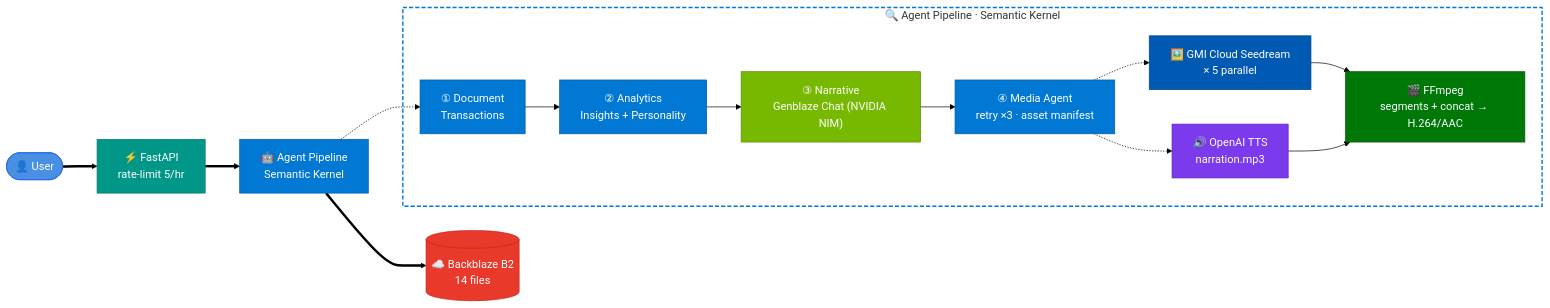
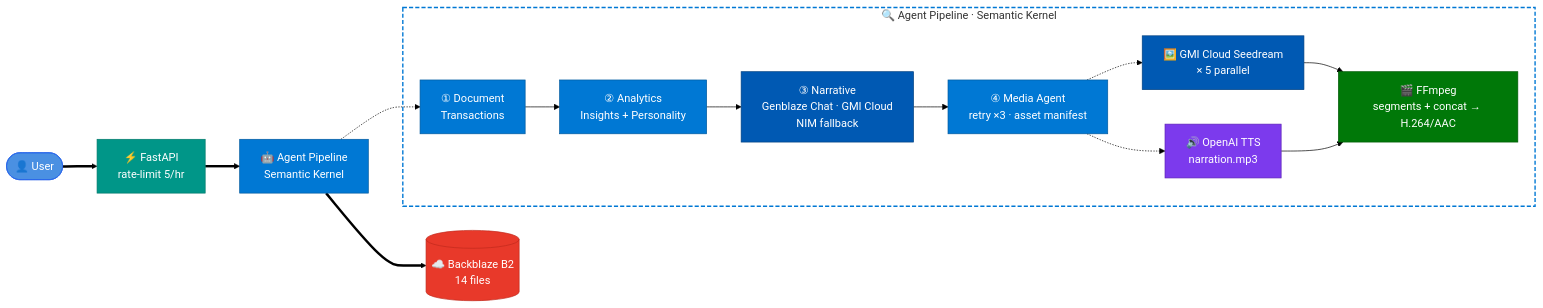
One commit to iarjunganesh/bankers-wrapped changed the diagram in README.md. Above: the diagram before and after it, drawn with Mermaid (forest theme). The commit also changed other lines of this file and 13 other files, not shown here.

First line of the commit message:
fix: real NVIDIA NIM routing + fallback; valid GMI chat model (openai/gpt-5.4-mini)

````diff
--- a/README.md
+++ b/README.md
@@ -93,37 +93,37 @@
 ```mermaid
 graph LR
     classDef user fill:#4A90E2,stroke:#2563EB,color:#fff
     classDef api  fill:#009688,stroke:#00796B,color:#fff
     classDef sk   fill:#0078D4,stroke:#005A9E,color:#fff
     classDef nim  fill:#76B900,stroke:#5A8A00,color:#fff
     classDef gmi  fill:#0059B3,stroke:#004080,color:#fff
     classDef ff   fill:#007808,stroke:#005A06,color:#fff
     classDef b2   fill:#E8392A,stroke:#C02A1D,color:#fff
     classDef tts  fill:#7C3AED,stroke:#5B21B6,color:#fff
 
     U(["👤 User"]):::user
     API["⚡ FastAPI<br/>rate-limit 5/hr"]:::api
     PL["🤖 Agent Pipeline<br/>Semantic Kernel"]:::sk
     B2[("☁️ Backblaze B2<br/>14 files")]:::b2
 
     U ==> API ==> PL ==> B2
 
     subgraph pipe["🔍 Agent Pipeline · Semantic Kernel"]
         A1["① Document<br/>Transactions"]:::sk
         A2["② Analytics<br/>Insights + Personality"]:::sk
-        A3["③ Narrative<br/>Genblaze Chat (NVIDIA NIM)"]:::nim
+        A3["③ Narrative<br/>Genblaze Chat · GMI Cloud<br/>NIM fallback"]:::gmi
         A4["④ Media Agent<br/>retry ×3 · asset manifest"]:::sk
         GI["🖼️ GMI Cloud Seedream<br/>× 5 parallel"]:::gmi
         AU["🔊 OpenAI TTS<br/>narration.mp3"]:::tts
         FF["🎬 FFmpeg<br/>segments + concat → H.264/AAC"]:::ff
         A1 --> A2 --> A3 --> A4
         A4 -.-> GI
         A4 -.-> AU
         GI --> FF
         AU --> FF
     end
 
     style pipe fill:transparent,stroke:#0078D4,stroke-width:2px,stroke-dasharray:6 3
 
     PL -.-> A1
 ```
````
